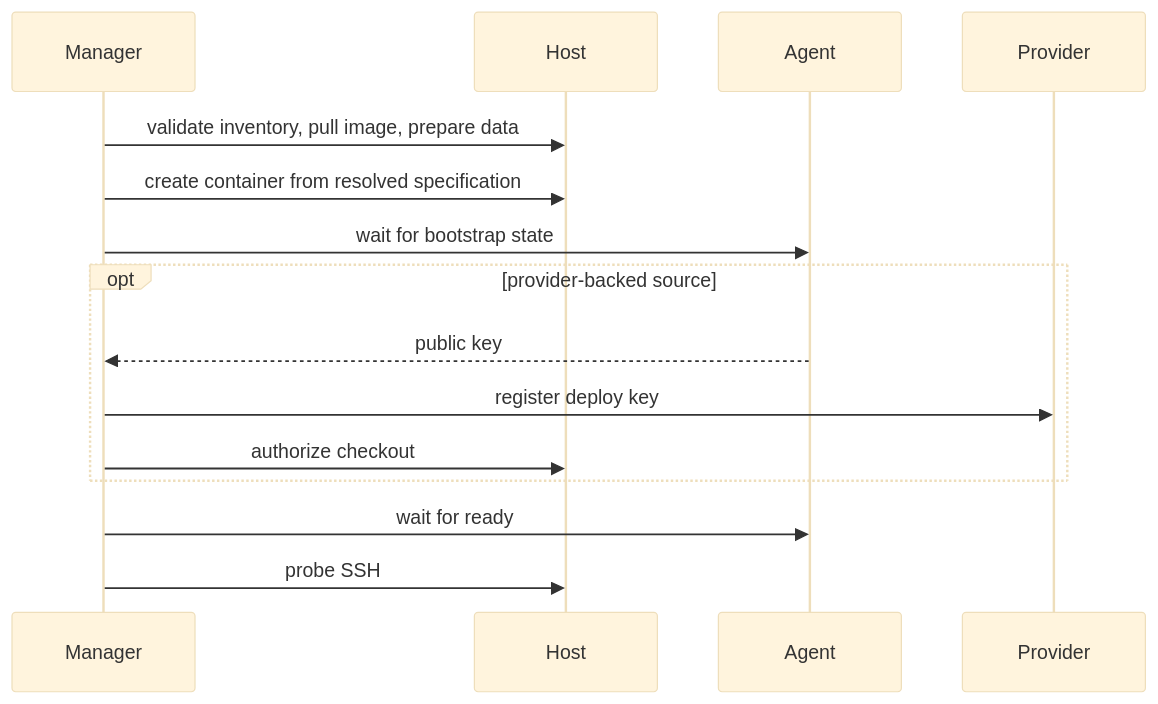
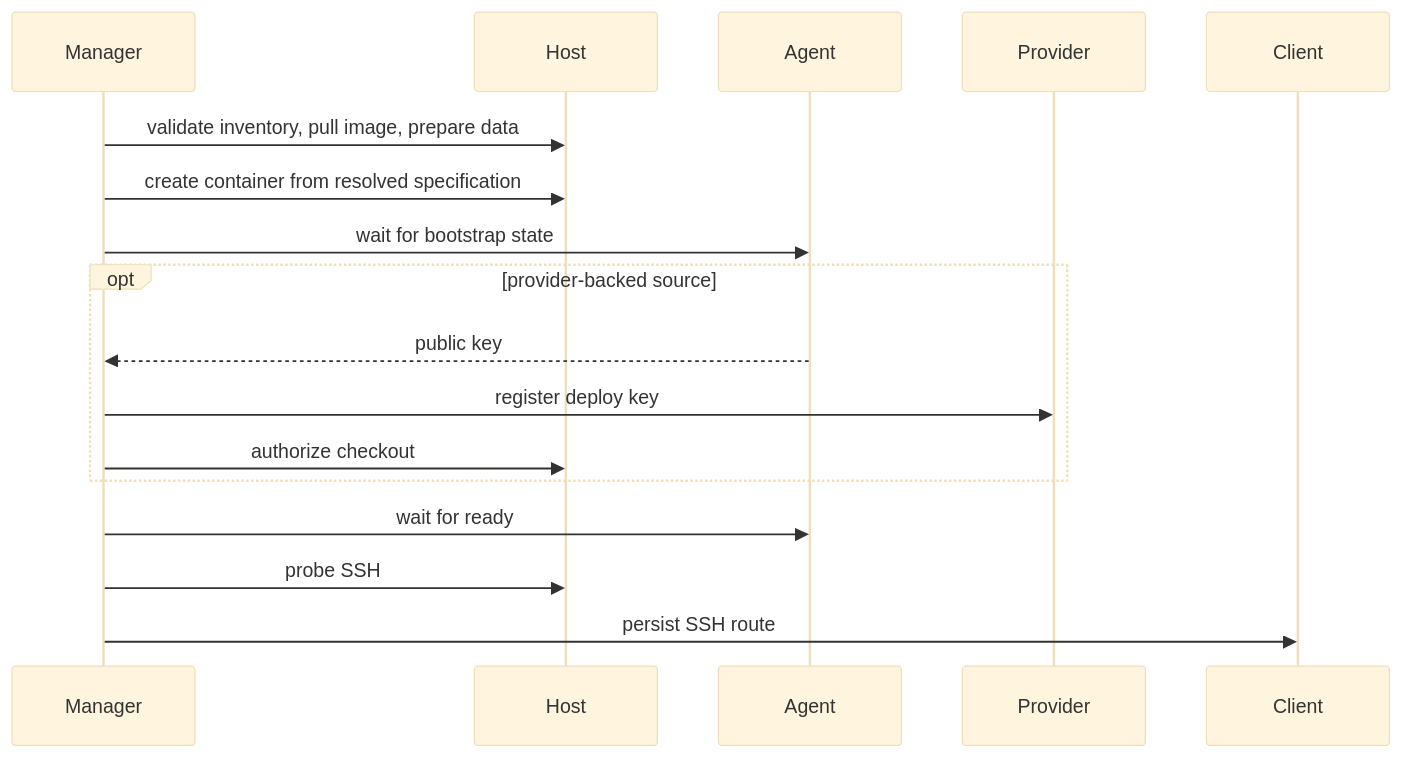
Before and after one commit to curoky/codespace: the third of 3 diagrams in src/codespace/DESIGN.md, drawn with Mermaid (base theme). The commit also changed other lines of this file and 15 other files, not shown here.

First line of the commit message:
refactor: replace dynamic SSH proxy with static workspace route files

````diff
--- a/src/codespace/DESIGN.md
+++ b/src/codespace/DESIGN.md
@@ -128,18 +133,20 @@
 ```mermaid
 sequenceDiagram
     participant Manager
     participant Host
     participant Agent
     participant Provider
+    participant Client
 
     Manager->>Host: validate inventory, pull image, prepare data
     Manager->>Host: create container from resolved specification
     Manager->>Agent: wait for bootstrap state
     opt provider-backed source
         Agent-->>Manager: public key
         Manager->>Provider: register deploy key
         Manager->>Host: authorize checkout
     end
     Manager->>Agent: wait for ready
     Manager->>Host: probe SSH
+    Manager->>Client: persist SSH route
 ```
````
